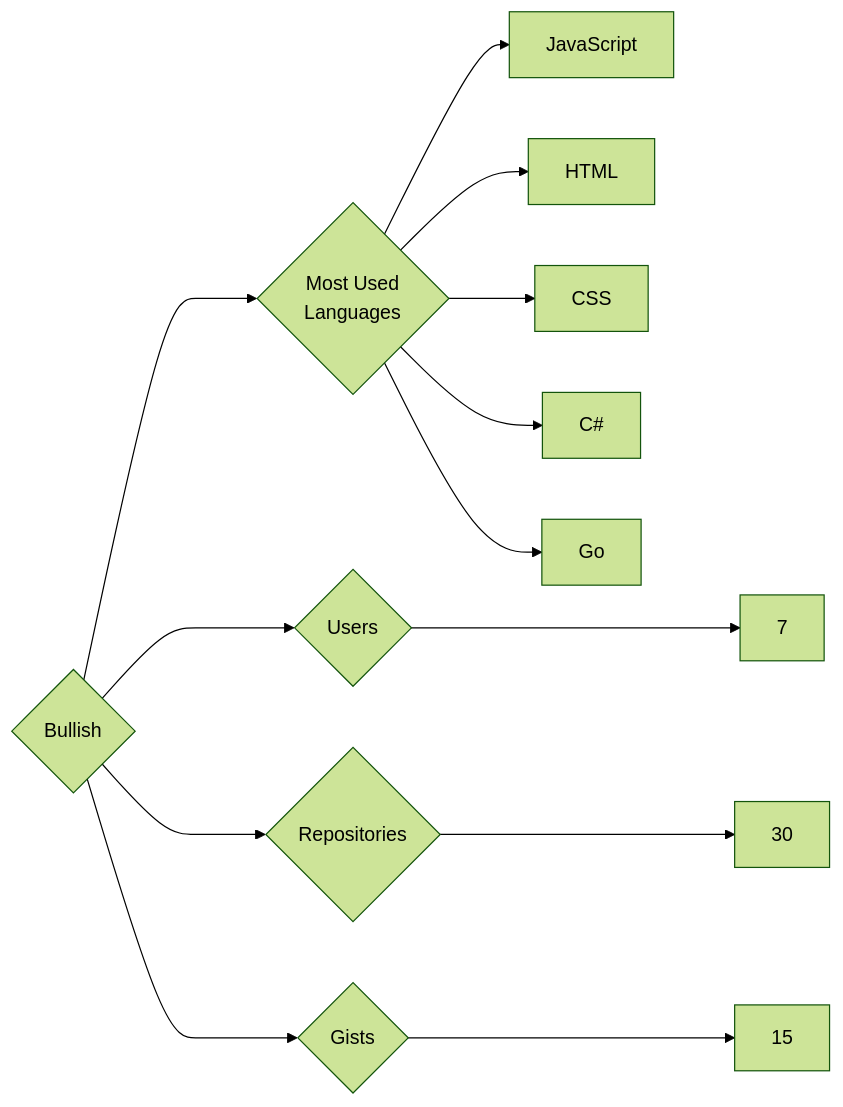
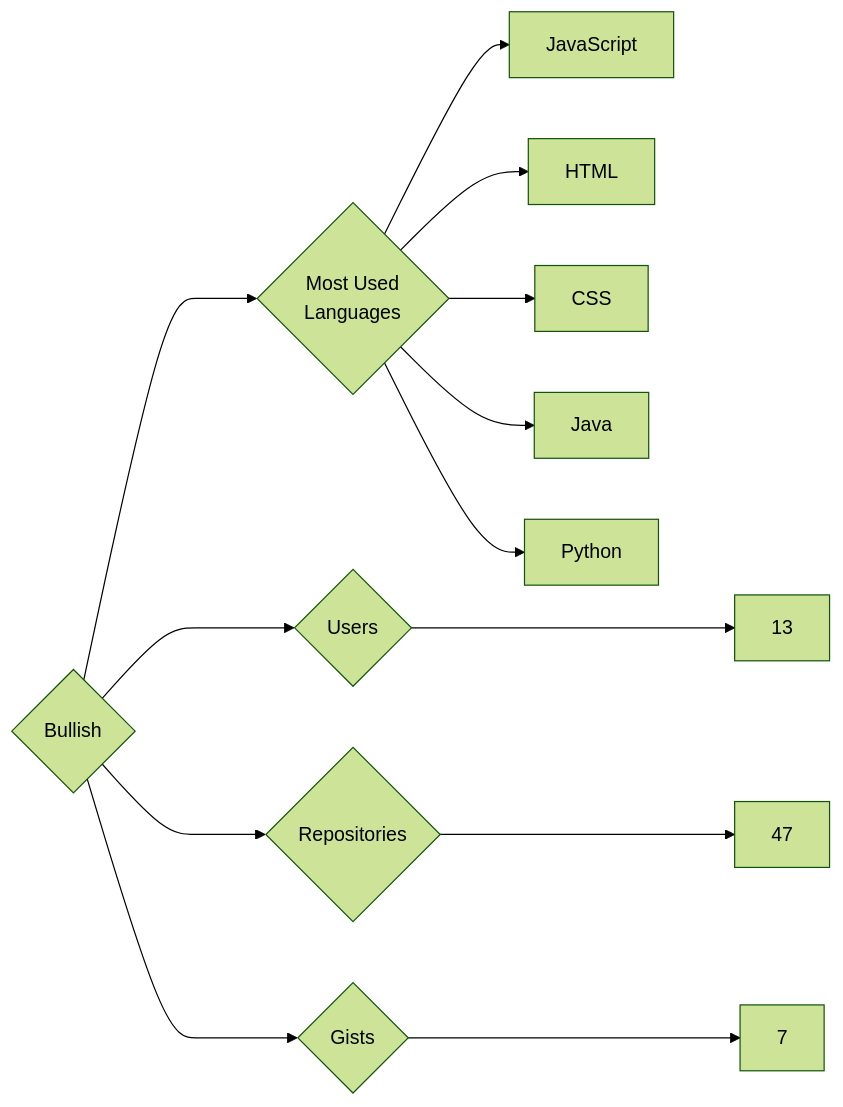
The diagram in targets/Bullish/README.md (trickest/insiders), drawn with Mermaid (forest theme) before and after one commit. The commit also changed 899 other files, not shown here.

````diff
--- a/targets/Bullish/README.md
+++ b/targets/Bullish/README.md
@@ -3,13 +3,13 @@
 ```mermaid
 graph LR
 COMPANY_NAME{Bullish}
-COMPANY_NAME ---> U{Users} ---> UN[7]
-COMPANY_NAME ---> R{Repositories} ---> RN[30]
-COMPANY_NAME ---> G{Gists} ---> GN[15]
+COMPANY_NAME ---> U{Users} ---> UN[13]
+COMPANY_NAME ---> R{Repositories} ---> RN[47]
+COMPANY_NAME ---> G{Gists} ---> GN[7]
 COMPANY_NAME ---> ML{Most Used<br>Languages}
 ML --> JavaScript[JavaScript]
 ML --> HTML[HTML]
 ML --> CSS[CSS]
-ML --> C#[C#]
-ML --> Go[Go]
+ML --> Java[Java]
+ML --> Python[Python]
 ```
````
